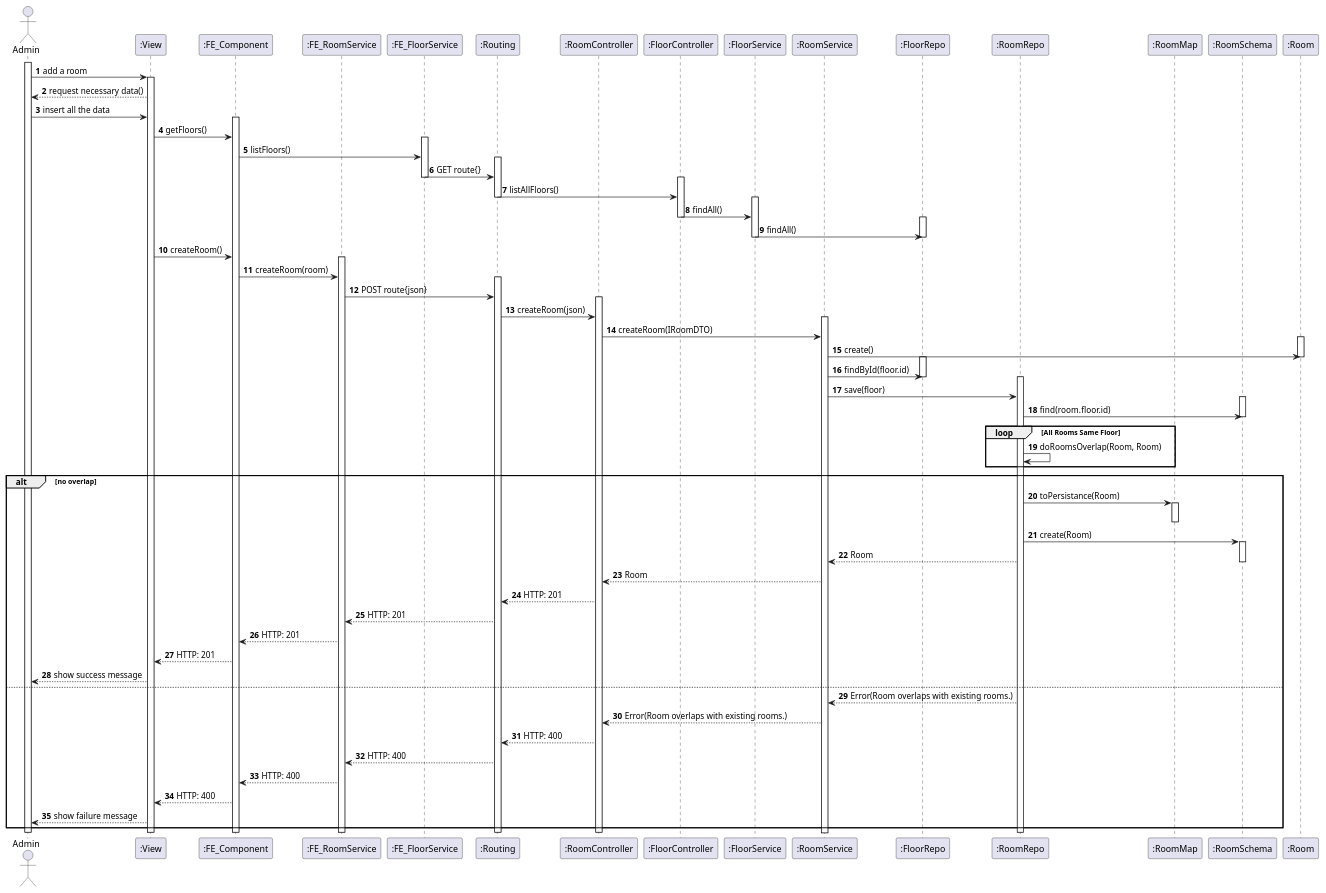
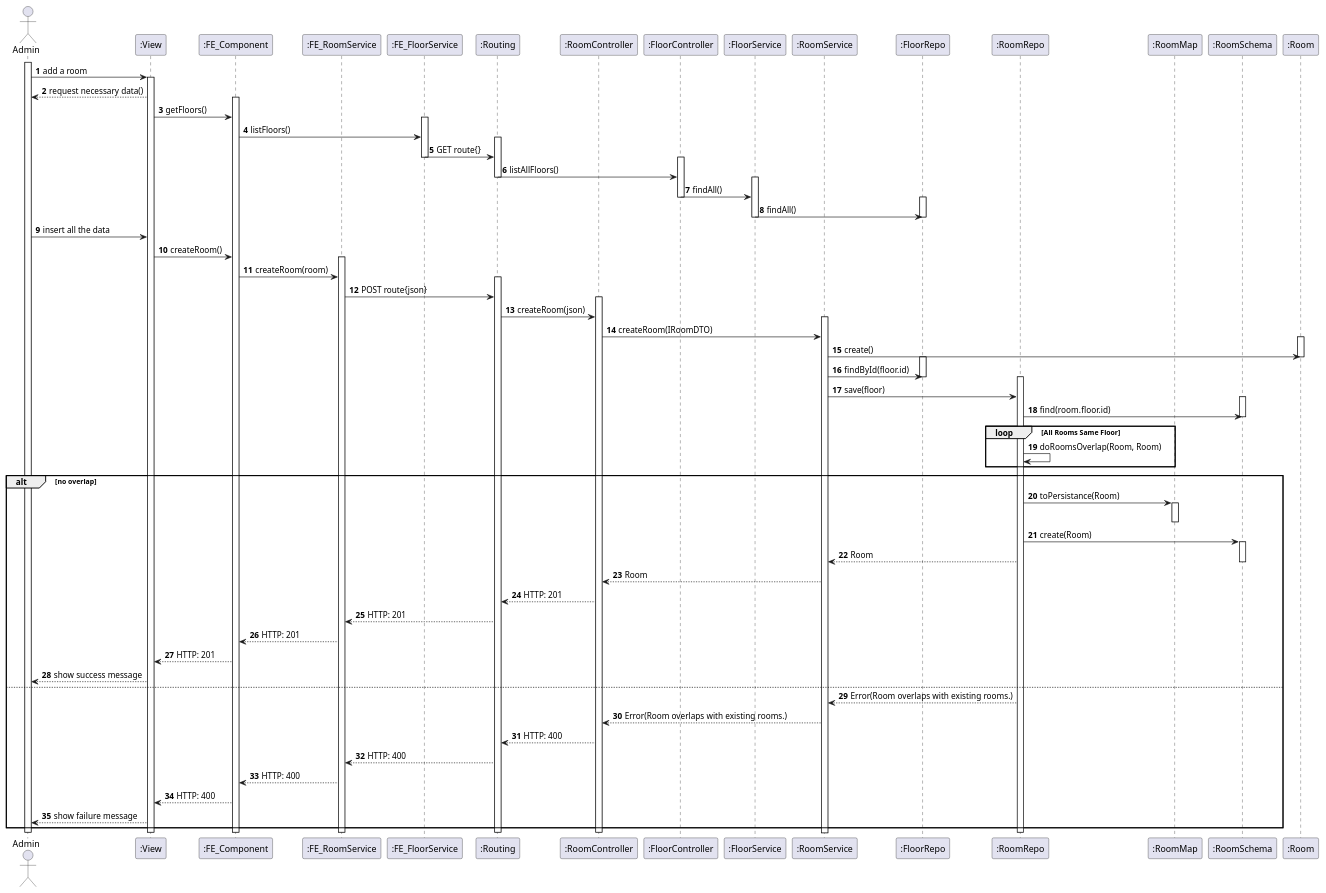
One commit to NunoTeixeiraMota/ProjetoIntegrador24 changed the diagram in docs/Sprint B/1210819/US1210/Level3_addRoom.puml. Above: the diagram before and after it, drawn with PlantUML. The commit also changed 40 other files, not shown here.

Commit message:
Updated some diagrams

```diff
--- a/docs/Sprint B/1210819/US1210/Level3_addRoom.puml
+++ b/docs/Sprint B/1210819/US1210/Level3_addRoom.puml
@@ -1,100 +1,99 @@
 @startuml
 autonumber
 'hide footbox
 actor "Admin" as admin
 
 participant ":View" as sys
 participant ":FE_Component" as comp
 participant ":FE_RoomService" as FEsrvc
 participant ":FE_FloorService" as FFEsrvc
 participant ":Routing" as route
 participant ":RoomController" as ctrl
 participant ":FloorController" as Fctrl
 participant ":FloorService" as Fsrvc
 participant ":RoomService" as srvc
 participant ":FloorRepo" as Frepo
 participant ":RoomRepo" as repo
 participant ":RoomMap" as rtMap
 participant ":RoomSchema" as rtSchema
 participant ":Room" as r
 
 activate admin
-
 admin -> sys: add a room
 activate sys
 sys --> admin: request necessary data()
-admin -> sys : insert all the data
+
 activate comp
-
 sys -> comp : getFloors()
 activate FFEsrvc
 comp -> FFEsrvc : listFloors()
 activate route
 FFEsrvc -> route: GET route{}
 deactivate FFEsrvc
 activate Fctrl
 route -> Fctrl: listAllFloors()
 deactivate route
 activate Fsrvc
 Fctrl -> Fsrvc: findAll()
 deactivate Fctrl
 activate Frepo
 Fsrvc -> Frepo: findAll()
 deactivate Fsrvc
 deactivate Frepo
 
+admin -> sys : insert all the data
 sys -> comp : createRoom()
 activate FEsrvc
 comp -> FEsrvc : createRoom(room)
 activate route
 FEsrvc -> route: POST route{json}
 activate ctrl
 route -> ctrl: createRoom(json)
 activate srvc
 ctrl -> srvc: createRoom(IRoomDTO)
 activate r
 srvc -> r: create()
 deactivate r
 activate Frepo
 srvc -> Frepo: findById(floor.id)
 deactivate Frepo
 activate repo
 srvc -> repo: save(floor)
 activate rtSchema
 repo -> rtSchema: find(room.floor.id)
 deactivate rtSchema
 loop All Rooms Same Floor
     repo -> repo: doRoomsOverlap(Room, Room)
 end
 alt no overlap
     repo -> rtMap: toPersistance(Room)
     activate rtMap
     deactivate rtMap
     repo -> rtSchema: create(Room)
     activate rtSchema
     repo --> srvc: Room
     deactivate rtSchema
     srvc --> ctrl: Room
     ctrl --> route : HTTP: 201
     route --> FEsrvc: HTTP: 201
     FEsrvc --> comp: HTTP: 201
     comp --> sys: HTTP: 201
     sys --> admin: show success message
 else
     repo --> srvc: Error(Room overlaps with existing rooms.)
     srvc --> ctrl: Error(Room overlaps with existing rooms.)
     ctrl --> route : HTTP: 400
     route --> FEsrvc: HTTP: 400
     FEsrvc --> comp: HTTP: 400
     comp --> sys: HTTP: 400
     sys --> admin: show failure message
 end
 
 deactivate repo
 deactivate ctrl
 deactivate route
 deactivate FEsrvc
 deactivate comp
 deactivate sys
 deactivate admin
 @enduml
```
